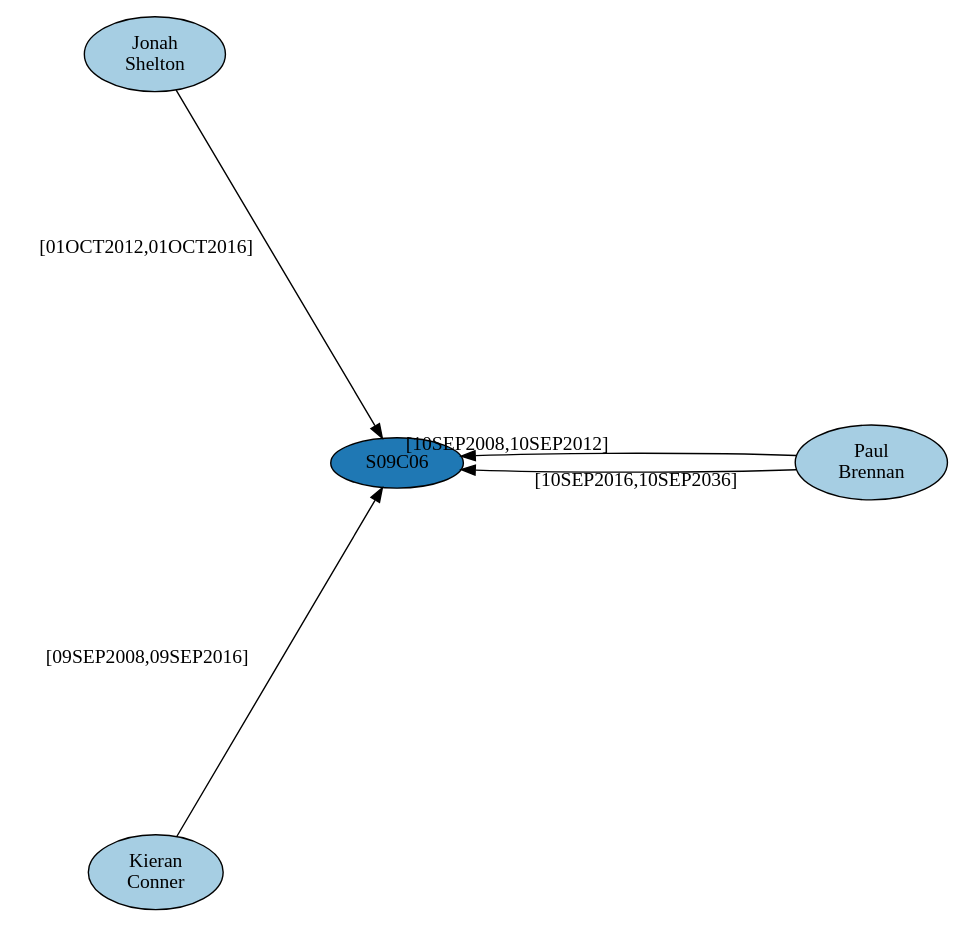
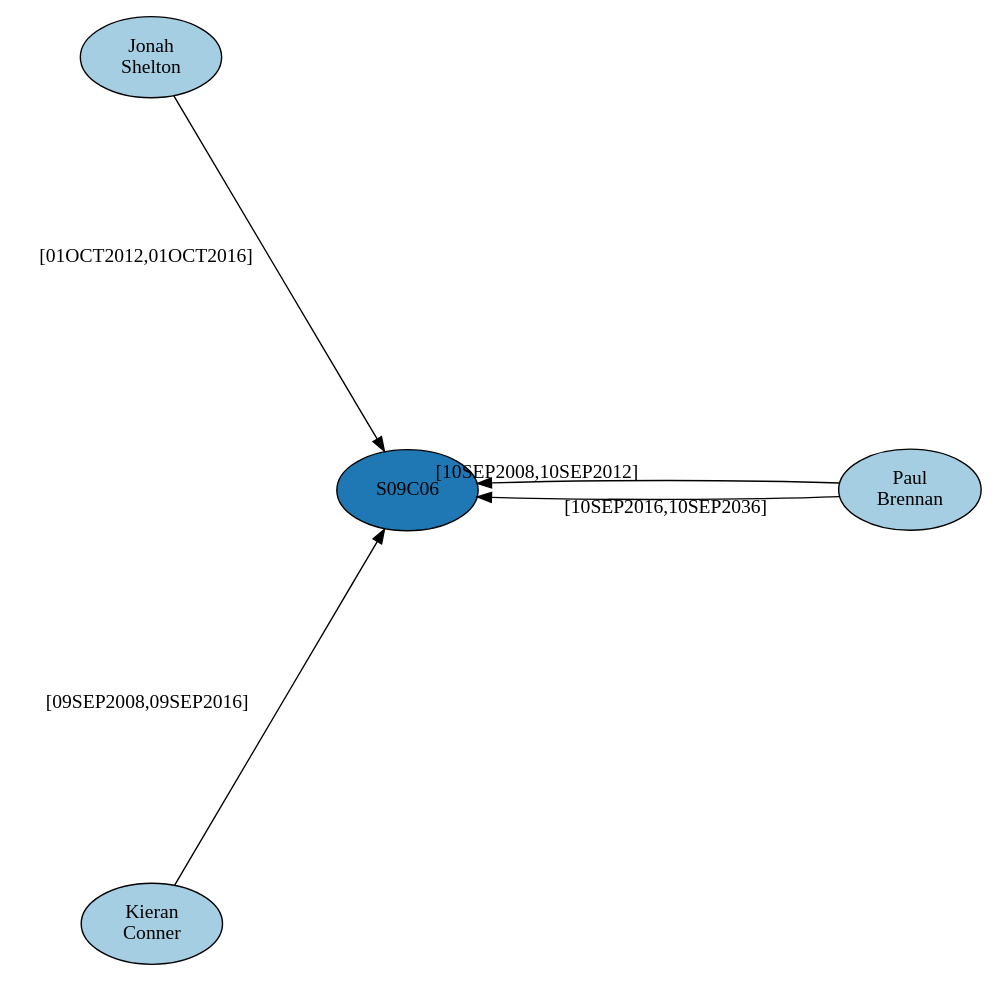
The diagram in applications/social/inmate-network/dot/query_3_3_match_2.dot (dtherrick/network-analysis), drawn with Graphviz before and after one commit. The commit also changed 75 other files, not shown here.

```diff
--- a/applications/social/inmate-network/dot/query_3_3_match_2.dot
+++ b/applications/social/inmate-network/dot/query_3_3_match_2.dot
@@ -1,12 +1,12 @@
 digraph G {
 layout=sfdp
-node[colorscheme=paired8, style=filled, color=black]
+node[colorscheme=paired8, style=filled, color=black, fixedSize=true, width=1.4, height=.8]
 "I43617"[fillcolor= "1",label= "Paul\nBrennan"]
 "I54430"[fillcolor= "1",label= "Jonah\nShelton"]
 "I36923"[fillcolor= "1",label= "Kieran\nConner"]
 "R03P05S09C06"[fillcolor= "2",label= "S09C06"]
 "I36923" -> "R03P05S09C06"[label= "[09SEP2008,09SEP2016]"]
 "I43617" -> "R03P05S09C06"[label= "[10SEP2016,10SEP2036]"]
 "I43617" -> "R03P05S09C06"[label= "[10SEP2008,10SEP2012]"]
 "I54430" -> "R03P05S09C06"[label= "[01OCT2012,01OCT2016]"]
 }
```
